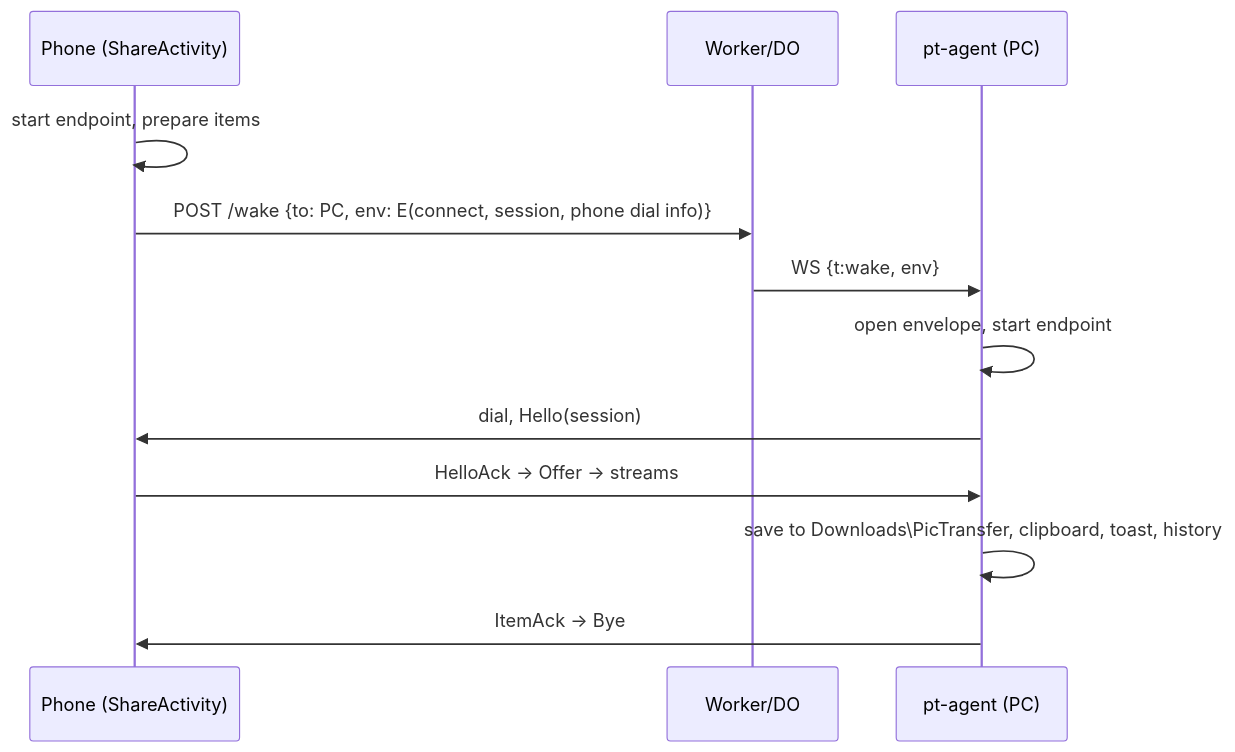
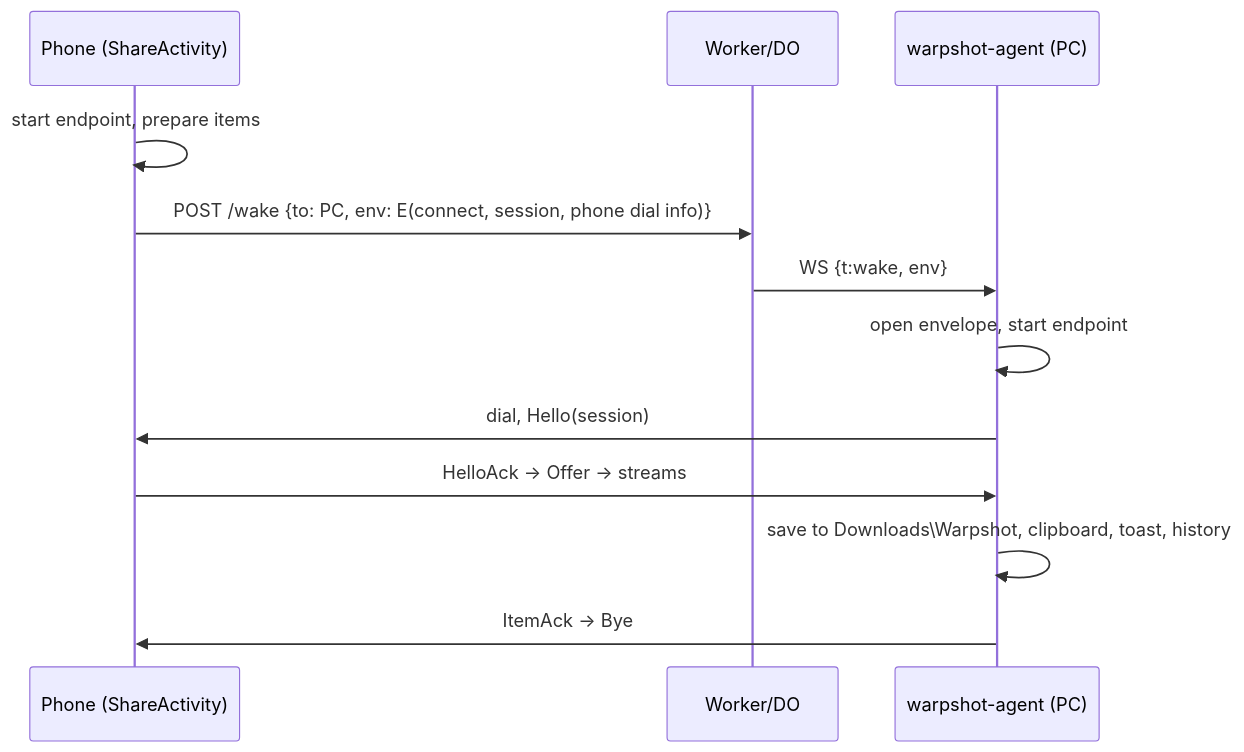
The second of 3 diagrams in docs/architecture.md (Guidin9/pictransfer), drawn with Mermaid before and after one commit. The commit also changed other lines of this file and 10 other files, not shown here.

````diff
--- a/docs/architecture.md
+++ b/docs/architecture.md
@@ -124,14 +124,14 @@
 ```mermaid
 sequenceDiagram
   participant P as Phone (ShareActivity)
   participant S as Worker/DO
-  participant A as pt-agent (PC)
+  participant A as warpshot-agent (PC)
   P->>P: start endpoint, prepare items
   P->>S: POST /wake {to: PC, env: E(connect, session, phone dial info)}
   S->>A: WS {t:wake, env}
   A->>A: open envelope, start endpoint
   A->>P: dial, Hello(session)
   P->>A: HelloAck → Offer → streams
-  A->>A: save to Downloads\PicTransfer, clipboard, toast, history
+  A->>A: save to Downloads\Warpshot, clipboard, toast, history
   A->>P: ItemAck → Bye
 ```
````
